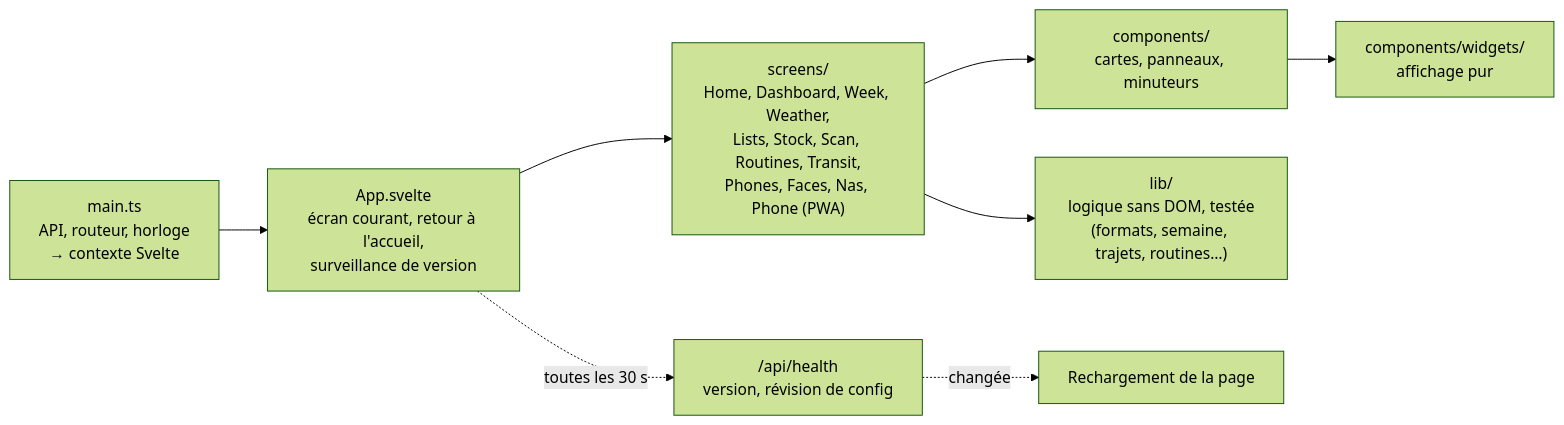
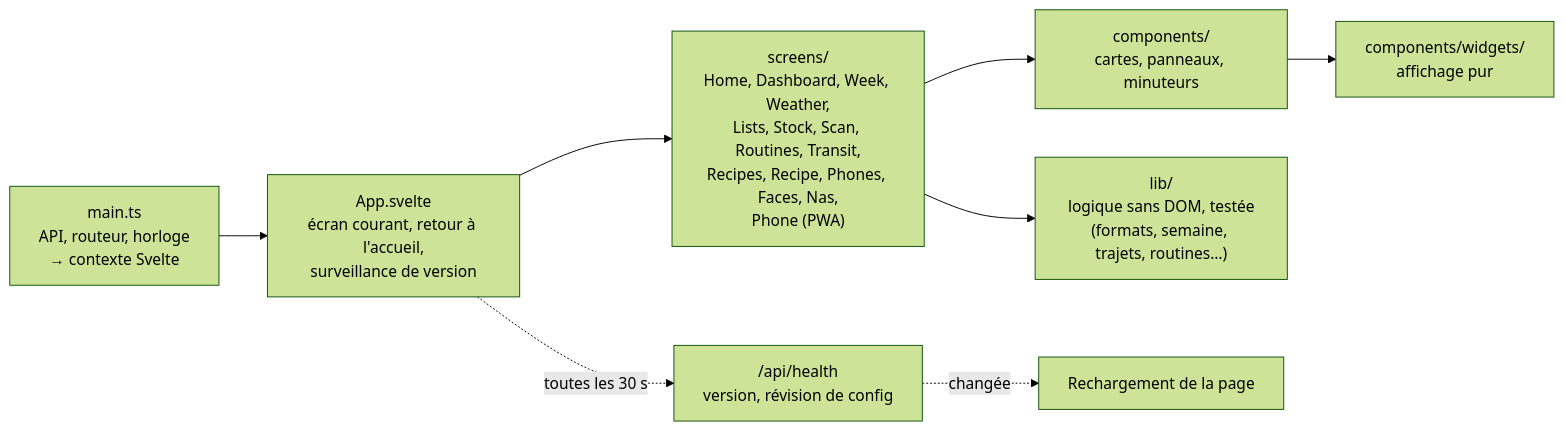
One commit to DeafLight/homehub changed the third of 11 diagrams in docs/architecture.md. Above: the diagram before and after it, drawn with Mermaid (forest theme). The commit also changed other lines of this file and 80 other files, not shown here.

````diff
--- a/docs/architecture.md
+++ b/docs/architecture.md
@@ -94,10 +97,10 @@
 ```mermaid
 flowchart LR
   main["main.ts<br/>API, routeur, horloge<br/>→ contexte Svelte"] --> app["App.svelte<br/>écran courant, retour à l'accueil,<br/>surveillance de version"]
-  app --> ecrans["screens/<br/>Home, Dashboard, Week, Weather,<br/>Lists, Stock, Scan, Routines, Transit,<br/>Phones, Faces, Nas, Phone (PWA)"]
+  app --> ecrans["screens/<br/>Home, Dashboard, Week, Weather,<br/>Lists, Stock, Scan, Routines, Transit,<br/>Recipes, Recipe, Phones, Faces, Nas,<br/>Phone (PWA)"]
   ecrans --> comp["components/<br/>cartes, panneaux, minuteurs"]
   comp --> widgets["components/widgets/<br/>affichage pur"]
   ecrans --> lib["lib/<br/>logique sans DOM, testée<br/>(formats, semaine, trajets, routines…)"]
   app -. "toutes les 30 s" .-> health["/api/health<br/>version, révision de config"]
   health -. "changée" .-> reload["Rechargement de la page"]
 ```
````
